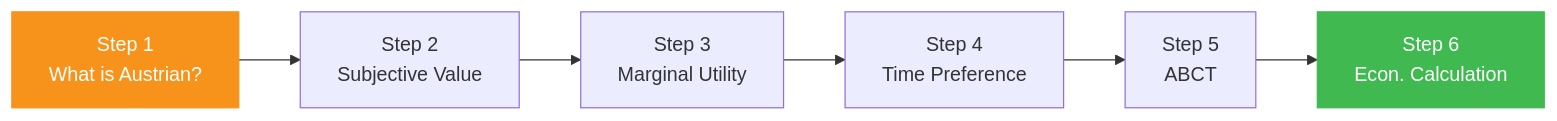
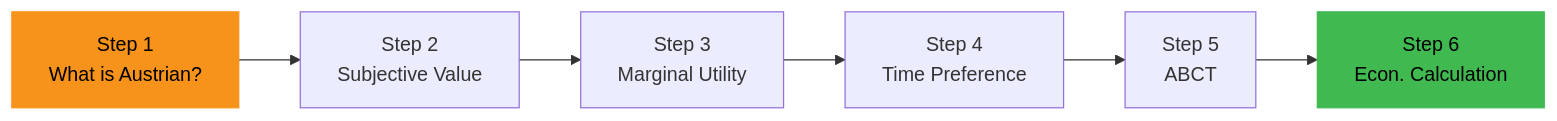
Before and after one commit to bc1qwerty/learn.txid.uk: the diagram in content/en/learn/austrian-economics.md, drawn with Mermaid. The commit also changed 50 other files, not shown here.

First line of the commit message:
Mermaid 다이어그램 텍스트 대비 개선: color:#fff → color:#000

```diff
--- a/content/en/learn/austrian-economics.md
+++ b/content/en/learn/austrian-economics.md
@@ -39,10 +39,10 @@
 {{< mermaid >}}
 graph LR
     S1["Step 1<br/>What is Austrian?"] --> S2["Step 2<br/>Subjective Value"]
     S2 --> S3["Step 3<br/>Marginal Utility"]
     S3 --> S4["Step 4<br/>Time Preference"]
     S4 --> S5["Step 5<br/>ABCT"]
     S5 --> S6["Step 6<br/>Econ. Calculation"]
-    style S1 fill:#f7931a,stroke:#f7931a,color:#fff
-    style S6 fill:#3fb950,stroke:#3fb950,color:#fff
+    style S1 fill:#f7931a,stroke:#f7931a,color:#000
+    style S6 fill:#3fb950,stroke:#3fb950,color:#000
 {{< /mermaid >}}
```
